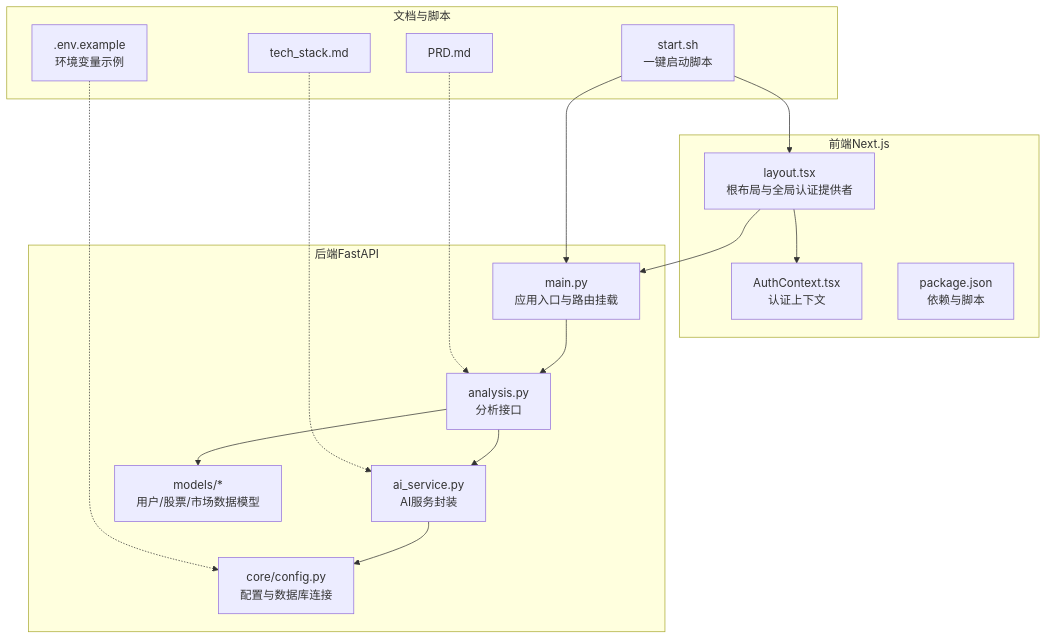
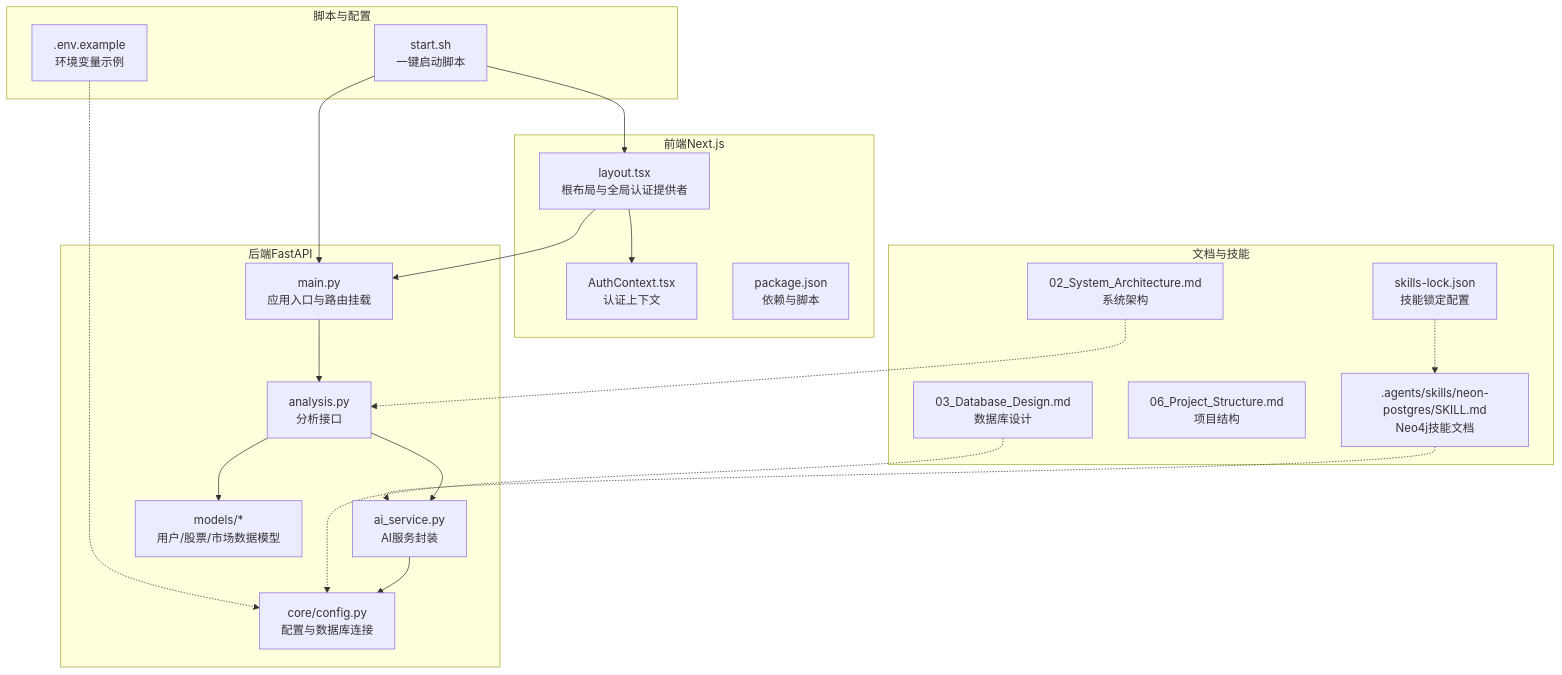
One commit to breeze-lyf/ai-stock-advisor changed the first of 8 diagrams in .qoder/repowiki/zh/content/项目概述/项目概述.md. Above: the diagram before and after it, drawn with Mermaid. The commit also changed other lines of this file and 43 other files, not shown here.

````diff
--- a/.qoder/repowiki/zh/content/项目概述/项目概述.md
+++ b/.qoder/repowiki/zh/content/项目概述/项目概述.md
@@ -45,32 +59,39 @@
 ```mermaid
 graph TB
 subgraph "前端Next.js"
 FE_L["layout.tsx<br/>根布局与全局认证提供者"]
 FE_Ctx["AuthContext.tsx<br/>认证上下文"]
 FE_Pkg["package.json<br/>依赖与脚本"]
 end
 subgraph "后端FastAPI"
 BE_Main["main.py<br/>应用入口与路由挂载"]
 BE_API_Ana["analysis.py<br/>分析接口"]
 BE_Svc_AI["ai_service.py<br/>AI服务封装"]
 BE_Models["models/*<br/>用户/股票/市场数据模型"]
 BE_DB["core/config.py<br/>配置与数据库连接"]
 end
-subgraph "文档与脚本"
-DOC_PRD["PRD.md"]
-DOC_Tech["tech_stack.md"]
+subgraph "文档与技能"
+DOC_Arch["02_System_Architecture.md<br/>系统架构"]
+DOC_DB["03_Database_Design.md<br/>数据库设计"]
+DOC_Struct["06_Project_Structure.md<br/>项目结构"]
+SKILL_Neon[".agents/skills/neon-postgres/SKILL.md<br/>Neo4j技能文档"]
+SKILL_Lock["skills-lock.json<br/>技能锁定配置"]
+end
+subgraph "脚本与配置"
 SH_Start["start.sh<br/>一键启动脚本"]
 ENV_Example[".env.example<br/>环境变量示例"]
 end
 FE_L --> FE_Ctx
 FE_L --> BE_Main
 BE_Main --> BE_API_Ana
 BE_API_Ana --> BE_Svc_AI
 BE_Svc_AI --> BE_DB
 BE_API_Ana --> BE_Models
-DOC_PRD -.-> BE_API_Ana
-DOC_Tech -.-> BE_Svc_AI
+DOC_Arch -.-> BE_API_Ana
+DOC_DB -.-> BE_DB
+SKILL_Neon -.-> BE_Svc_AI
+SKILL_Lock -.-> SKILL_Neon
 SH_Start --> BE_Main
 SH_Start --> FE_L
 ENV_Example -.-> BE_DB
 ```
````
